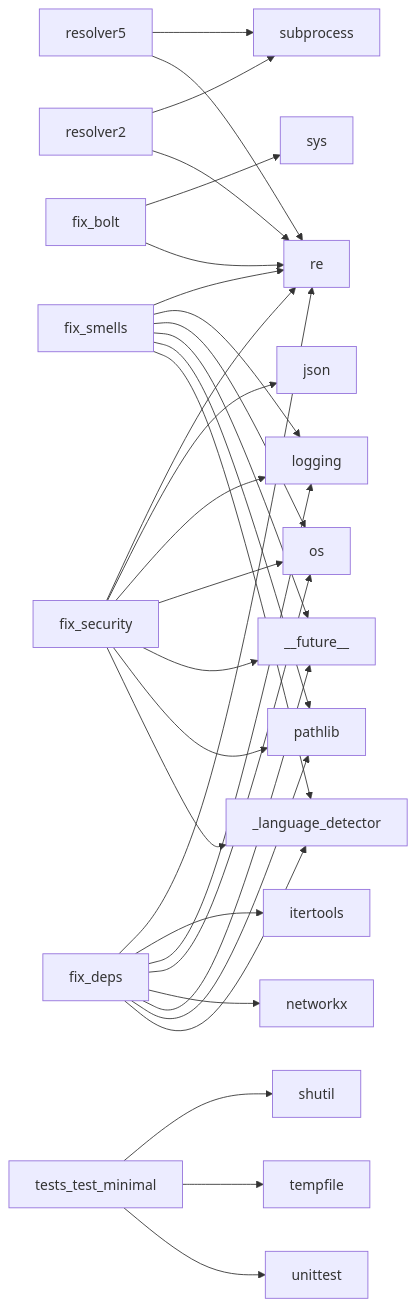
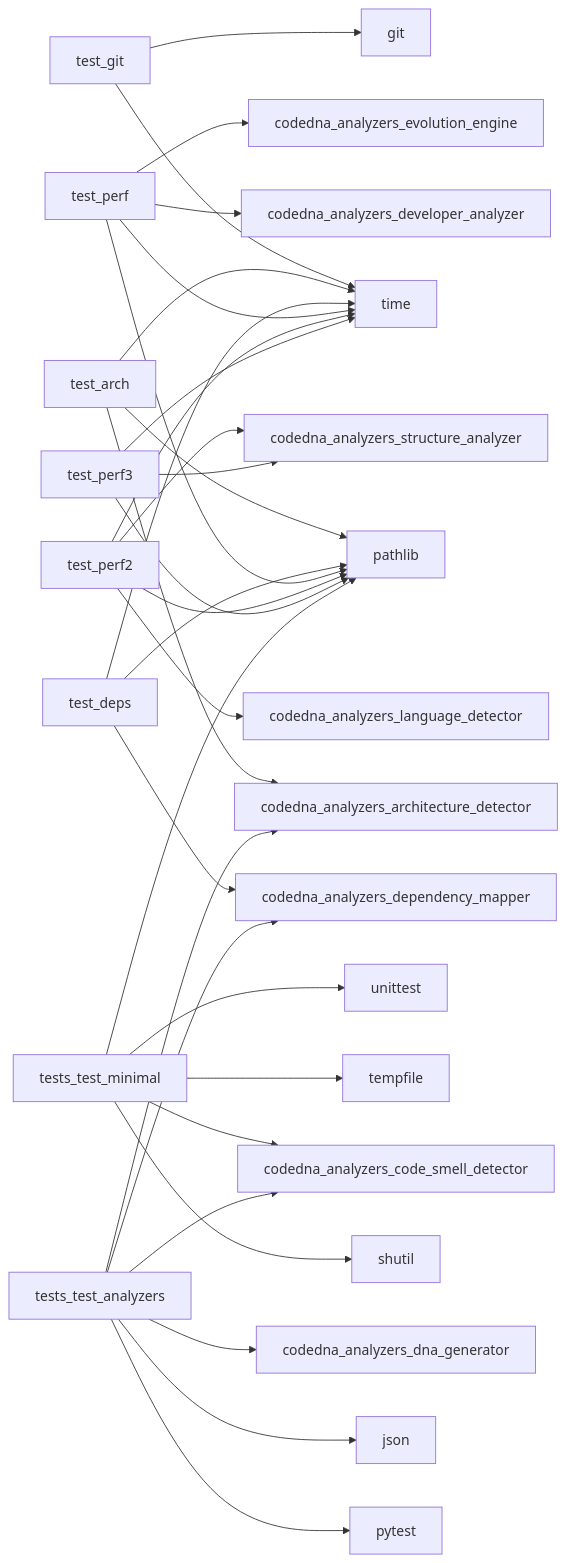
Before and after one commit to shenald-dev/codedna: the diagram in reports/dna_report.md, drawn with Mermaid. The commit also changed other lines of this file and 28 other files, not shown here.

````diff
--- a/reports/dna_report.md
+++ b/reports/dna_report.md
@@ -50,33 +51,33 @@
 ```mermaid
 graph LR
-    resolver5 --> subprocess
-    resolver5 --> re
-    resolver2 --> subprocess
-    resolver2 --> re
-    fix_bolt --> sys
-    fix_bolt --> re
-    fix_smells --> re
-    fix_smells --> logging
-    fix_smells --> os
-    fix_smells --> __future__
-    fix_smells --> pathlib
-    fix_smells --> _language_detector
-    fix_deps --> re
-    fix_deps --> itertools
-    fix_deps --> logging
-    fix_deps --> os
-    fix_deps --> networkx
-    fix_deps --> __future__
-    fix_deps --> pathlib
-    fix_deps --> _language_detector
-    fix_security --> re
-    fix_security --> json
-    fix_security --> logging
-    fix_security --> os
-    fix_security --> __future__
-    fix_security --> pathlib
-    fix_security --> _language_detector
+    test_git --> time
+    test_git --> git
+    test_arch --> time
+    test_arch --> pathlib
+    test_arch --> codedna_analyzers_architecture_detector
+    test_deps --> time
+    test_deps --> pathlib
+    test_deps --> codedna_analyzers_dependency_mapper
+    test_perf --> time
+    test_perf --> pathlib
+    test_perf --> codedna_analyzers_developer_analyzer
+    test_perf --> codedna_analyzers_evolution_engine
+    test_perf2 --> time
+    test_perf2 --> pathlib
+    test_perf2 --> codedna_analyzers_structure_analyzer
+    test_perf2 --> codedna_analyzers_language_detector
+    test_perf3 --> time
+    test_perf3 --> pathlib
+    test_perf3 --> codedna_analyzers_structure_analyzer
     tests_test_minimal --> shutil
     tests_test_minimal --> tempfile
     tests_test_minimal --> unittest
+    tests_test_minimal --> pathlib
+    tests_test_minimal --> codedna_analyzers_code_smell_detector
+    tests_test_analyzers --> pytest
+    tests_test_analyzers --> json
+    tests_test_analyzers --> codedna_analyzers_architecture_detector
+    tests_test_analyzers --> codedna_analyzers_code_smell_detector
+    tests_test_analyzers --> codedna_analyzers_dependency_mapper
+    tests_test_analyzers --> codedna_analyzers_dna_generator
 ```
````
